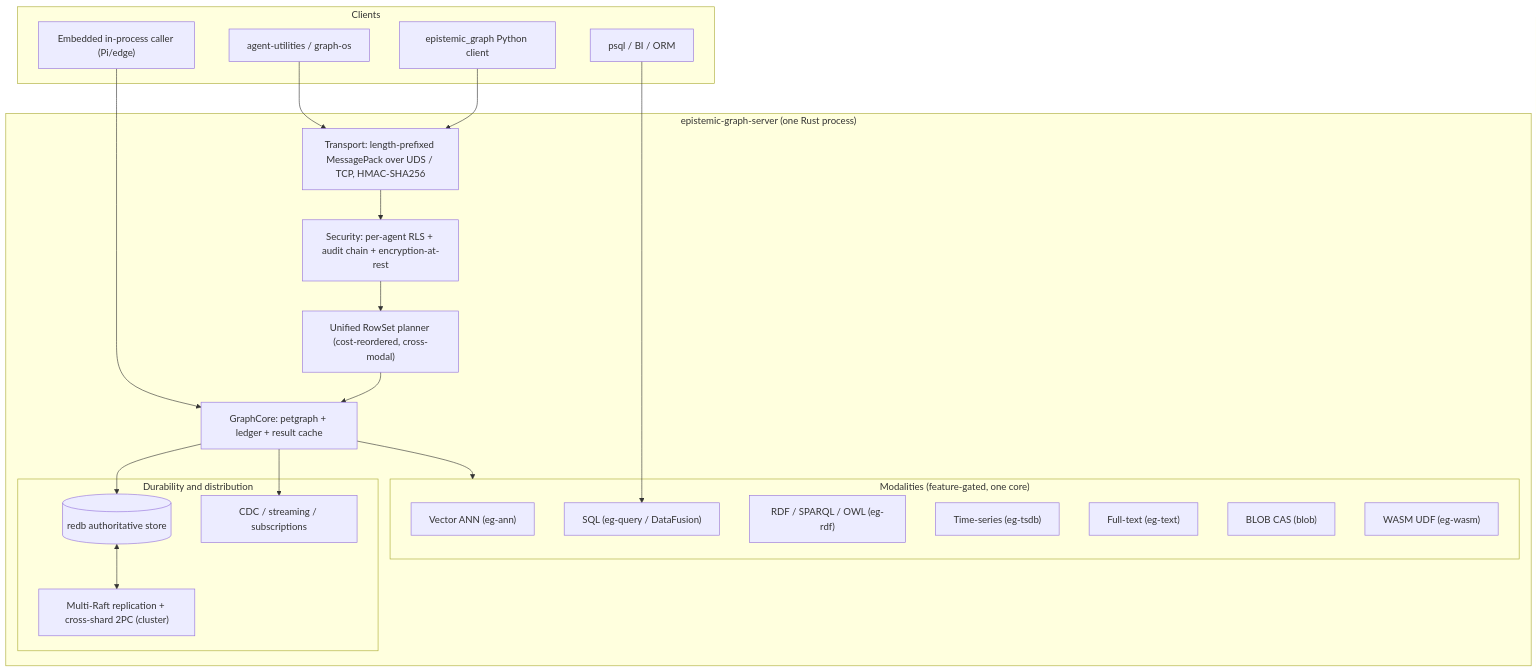
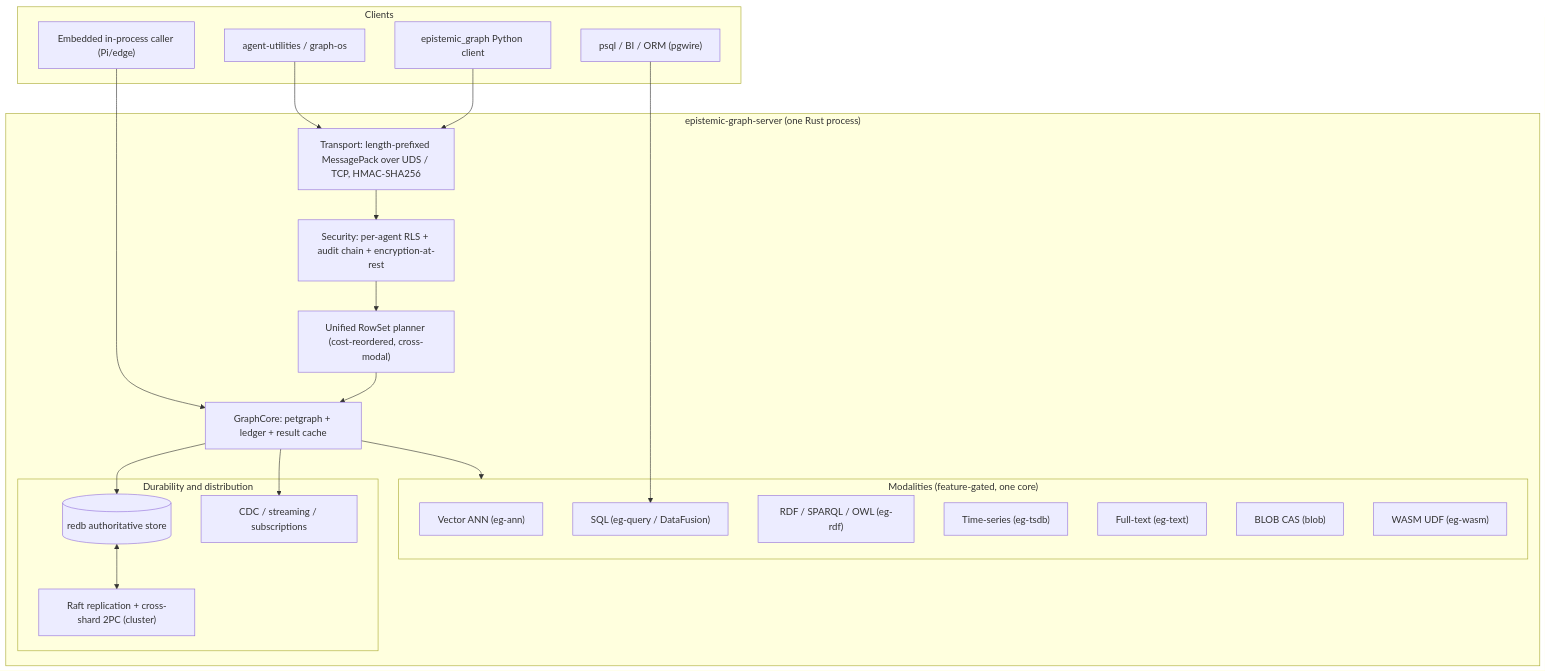
The first of 2 diagrams in README.md (Knuckles-Team/epistemic-graph), drawn with Mermaid before and after one commit. The commit also changed other lines of this file and 13 other files, not shown here.

````diff
--- a/README.md
+++ b/README.md
@@ -67,42 +118,42 @@
 ```mermaid
 flowchart TB
     subgraph Clients["Clients"]
         AU["agent-utilities / graph-os"]
         PY["epistemic_graph Python client"]
-        PG["psql / BI / ORM"]
+        PG["psql / BI / ORM (pgwire)"]
         EMB["Embedded in-process caller (Pi/edge)"]
     end
 
     subgraph Engine["epistemic-graph-server (one Rust process)"]
         T["Transport: length-prefixed MessagePack over UDS / TCP, HMAC-SHA256"]
         SEC["Security: per-agent RLS + audit chain + encryption-at-rest"]
         PLAN["Unified RowSet planner (cost-reordered, cross-modal)"]
         CORE["GraphCore: petgraph + ledger + result cache"]
 
         subgraph Modalities["Modalities (feature-gated, one core)"]
             VEC["Vector ANN (eg-ann)"]
             SQL["SQL (eg-query / DataFusion)"]
             RDF["RDF / SPARQL / OWL (eg-rdf)"]
             TS["Time-series (eg-tsdb)"]
             TXT["Full-text (eg-text)"]
             BLOB["BLOB CAS (blob)"]
             WASM["WASM UDF (eg-wasm)"]
         end
 
         subgraph Durability["Durability and distribution"]
             REDB[("redb authoritative store")]
-            RAFT["Multi-Raft replication + cross-shard 2PC (cluster)"]
+            RAFT["Raft replication + cross-shard 2PC (cluster)"]
             CDC["CDC / streaming / subscriptions"]
         end
     end
 
     AU --> T
     PY --> T
     PG --> SQL
     EMB --> CORE
     T --> SEC --> PLAN --> CORE
     CORE --> Modalities
     CORE --> REDB
     REDB <--> RAFT
     CORE --> CDC
 ```
````
